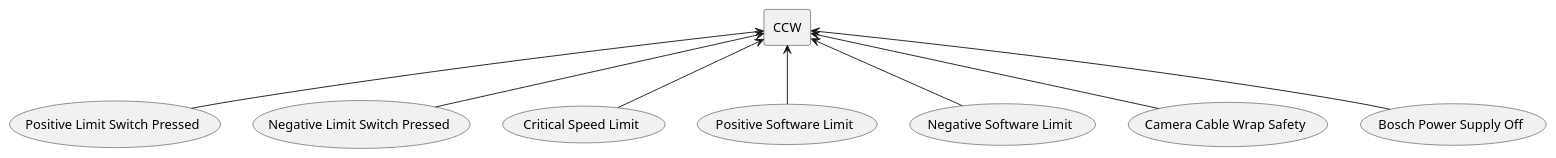
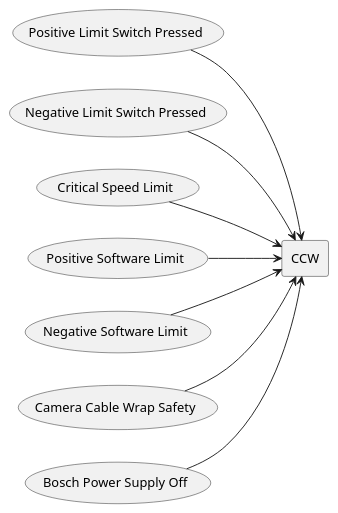
The sixth of 18 diagrams in README.md (lsst-ts/ts_tma_tma-documentation_tma-faults), drawn with PlantUML before and after one commit. The commit also changed other lines of this file, not shown here.

Commit message:
refactor: change the diagrams to be left to right instead of top to bottom

````diff
--- a/README.md
+++ b/README.md
@@ -425,27 +429,28 @@
 ```plantuml
 @startuml
+left to right direction
 rectangle "CCW" as CCW
 usecase "Positive Limit Switch Pressed" as PositiveLimitSwitchPressed
 
-PositiveLimitSwitchPressed -u->  CCW
+PositiveLimitSwitchPressed -->  CCW
 usecase "Negative Limit Switch Pressed" as NegativeLimitSwitchPressed
 
-NegativeLimitSwitchPressed -u->  CCW
+NegativeLimitSwitchPressed -->  CCW
 usecase "Critical Speed Limit" as CriticalSpeedLimit
 
-CriticalSpeedLimit -u->  CCW
+CriticalSpeedLimit -->  CCW
 usecase "Positive Software Limit" as PositiveSoftwareLimit
 
-PositiveSoftwareLimit -u->  CCW
+PositiveSoftwareLimit -->  CCW
 usecase "Negative Software Limit" as NegativeSoftwareLimit
 
-NegativeSoftwareLimit -u->  CCW
+NegativeSoftwareLimit -->  CCW
 usecase "Camera Cable Wrap Safety" as CameraCableWrapSafety
 
-CameraCableWrapSafety -u->  CCW
+CameraCableWrapSafety -->  CCW
 usecase "Bosch Power Supply Off" as BoschPowerSupplyOff
 
-BoschPowerSupplyOff -u->  CCW
+BoschPowerSupplyOff -->  CCW
 
 @enduml
 ```
````
